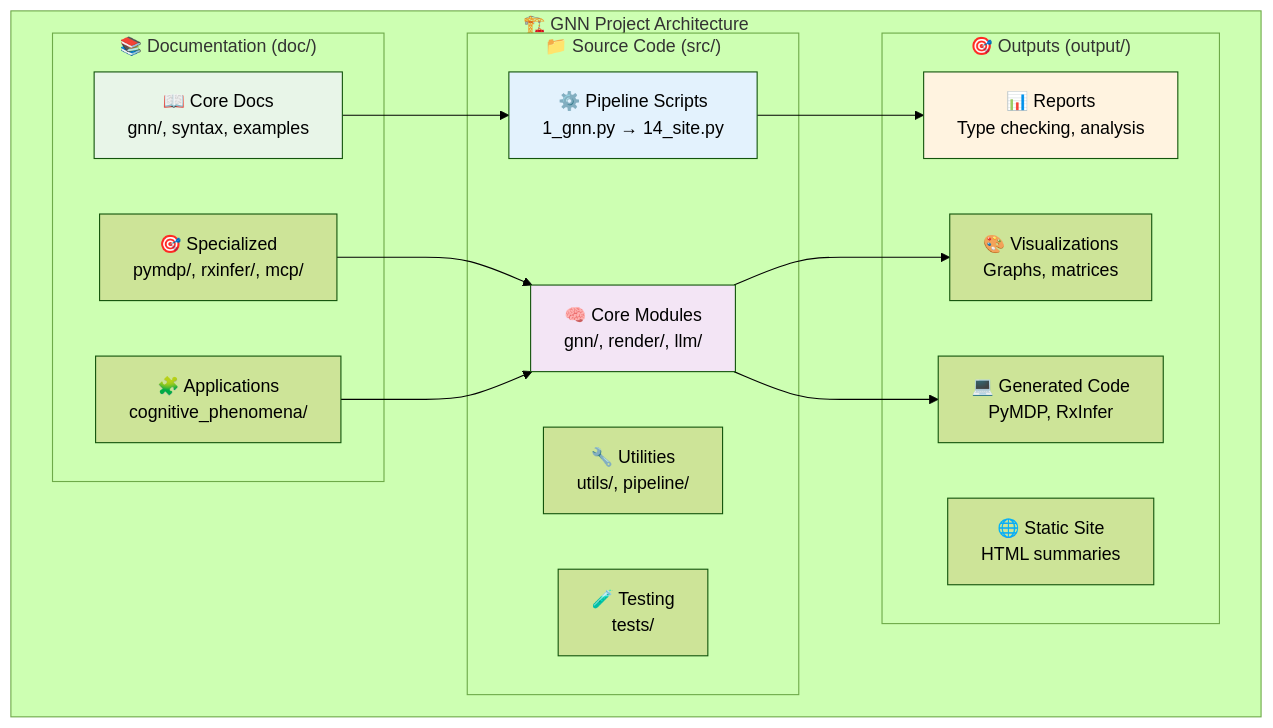
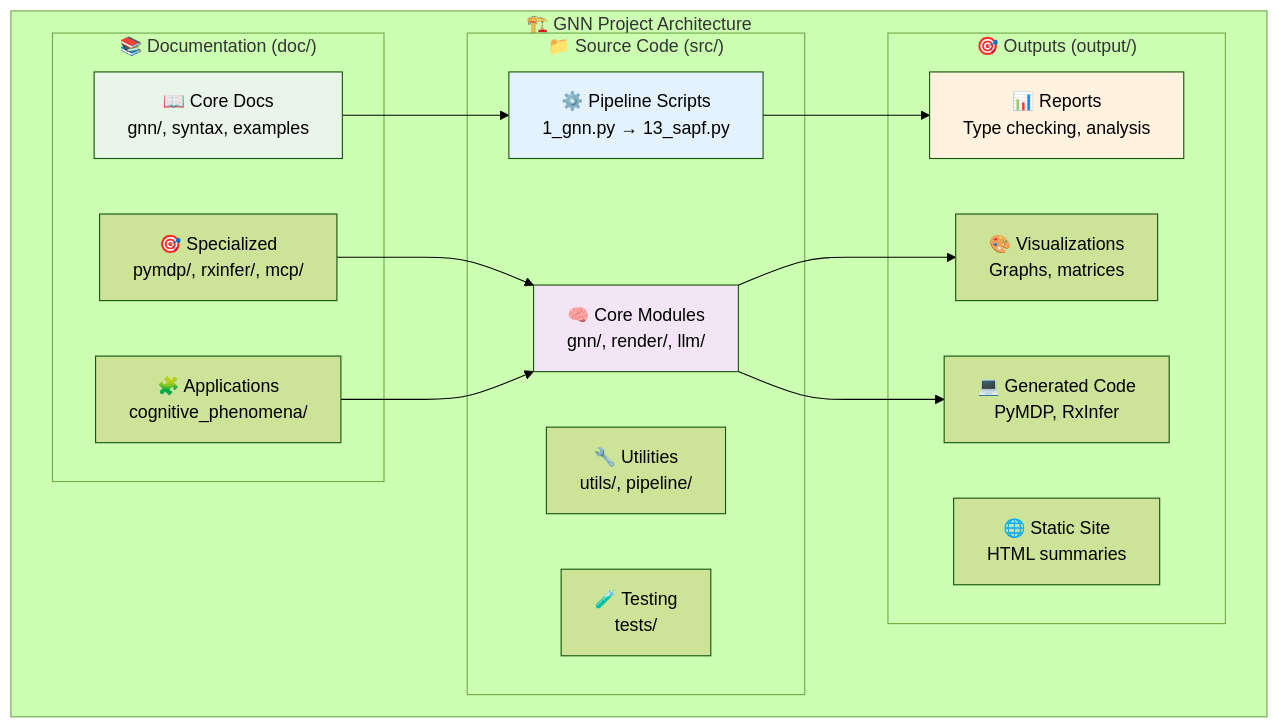
Before and after one commit to ActiveInferenceInstitute/GeneralizedNotationNotation: the second of 4 diagrams in README.md, drawn with Mermaid (forest theme). The commit also changed other lines of this file and 2 other files, not shown here.

````diff
--- a/README.md
+++ b/README.md
@@ -137,36 +137,36 @@
 ```mermaid
 graph TB
     subgraph "🏗️ GNN Project Architecture"
         subgraph "📁 Source Code (src/)"
-            A[⚙️ Pipeline Scripts<br/>1_gnn.py → 14_site.py]
+            A[⚙️ Pipeline Scripts<br/>1_gnn.py → 13_sapf.py]
             B[🧠 Core Modules<br/>gnn/, render/, llm/]
             C[🔧 Utilities<br/>utils/, pipeline/]
             D[🧪 Testing<br/>tests/]
         end
         
         subgraph "📚 Documentation (doc/)"
             E[📖 Core Docs<br/>gnn/, syntax, examples]
             F[🎯 Specialized<br/>pymdp/, rxinfer/, mcp/]
             G[🧩 Applications<br/>cognitive_phenomena/]
         end
         
         subgraph "🎯 Outputs (output/)"
             H[📊 Reports<br/>Type checking, analysis]
             I[🎨 Visualizations<br/>Graphs, matrices]
             J[💻 Generated Code<br/>PyMDP, RxInfer]
             K[🌐 Static Site<br/>HTML summaries]
         end
     end
     
     A --> H
     B --> I
     B --> J
     E --> A
     F --> B
     G --> B
     
     style A fill:#e3f2fd
     style B fill:#f3e5f5
     style E fill:#e8f5e8
     style H fill:#fff3e0
 ```
````
